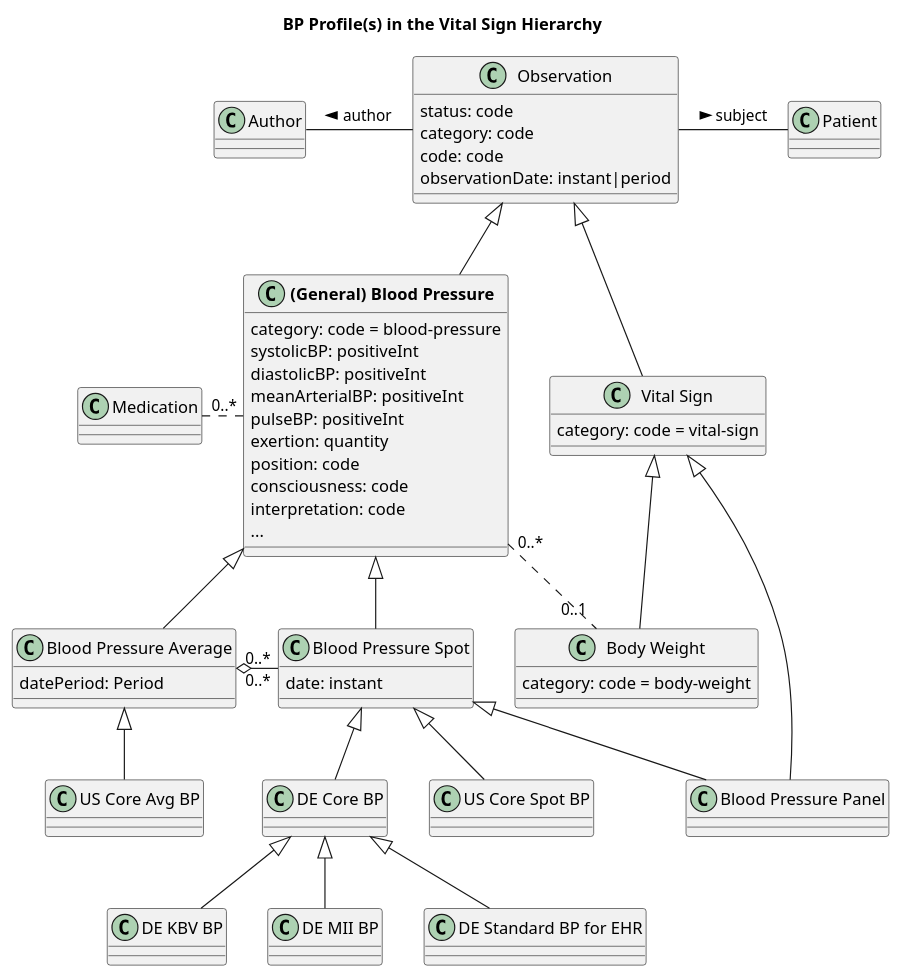
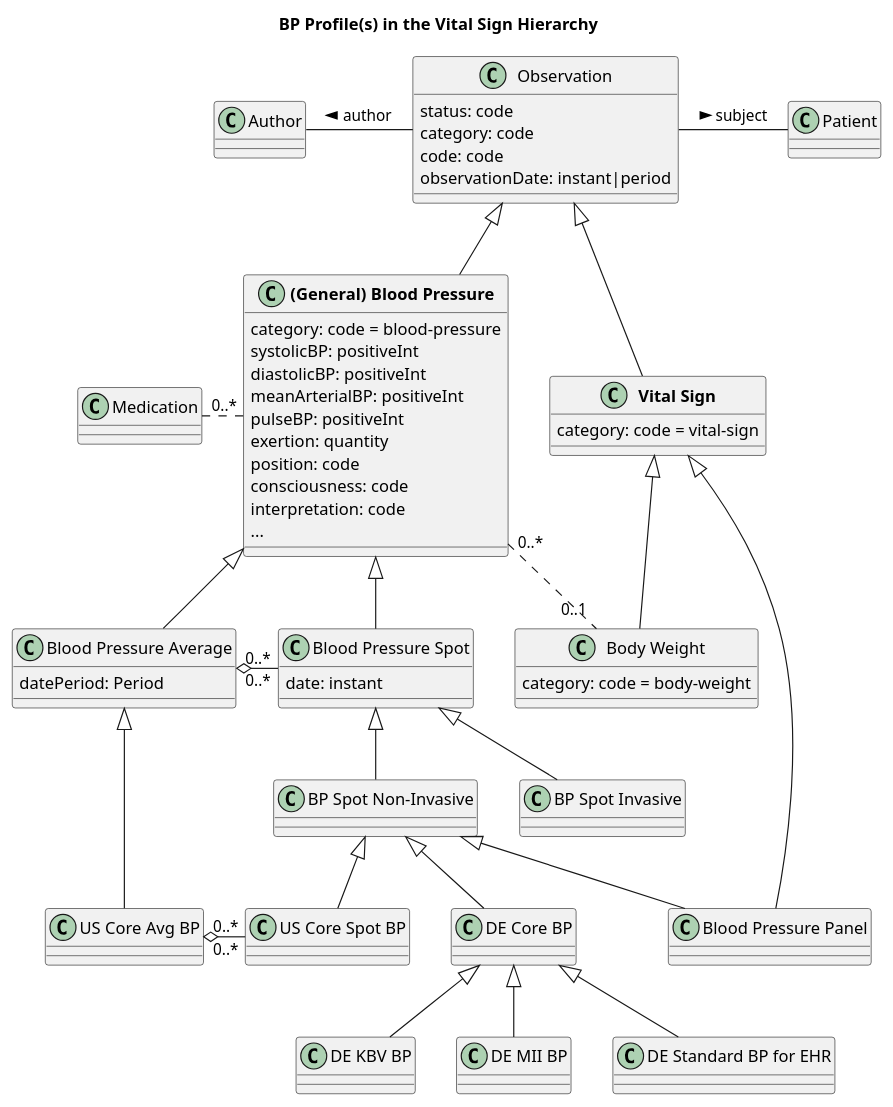
Before and after one commit to frankoemig/bloodpressure: the diagram in input/images-source/bloodpressure_hierarchy.plantuml, drawn with PlantUML. The commit also changed 7 other files, not shown here.

```diff
--- a/input/images-source/bloodpressure_hierarchy.plantuml
+++ b/input/images-source/bloodpressure_hierarchy.plantuml
@@ -1,86 +1,94 @@
 @startuml
 
 title BP Profile(s) in the Vital Sign Hierarchy
 
 class "Observation" as obs {
     status: code
     category: code
     code: code
     observationDate: instant|period
 }
 
-class "Vital Sign" as vs {
+class "**Vital Sign**" as vs {
     category: code = vital-sign
 }
 
 class "**(General) Blood Pressure**" as bp {
     category: code = blood-pressure
     systolicBP: positiveInt
     diastolicBP: positiveInt
     meanArterialBP: positiveInt
     pulseBP: positiveInt
     exertion: quantity
     position: code
     consciousness: code
     interpretation: code
     ...
 }
 
 obs <|-- vs
 obs <|-- bp 
 
 
 class "Body Weight" as bw {
     category: code = body-weight
 }
 
 class "Medication" as medic 
 
 class "Blood Pressure Spot" as bps {
     date: instant
 }
 
+class "BP Spot Non-Invasive" as bpsni 
+class "BP Spot Invasive" as bpsi
+
+bps <|-- bpsni
+bps <|-- bpsi
+
 class "Blood Pressure Panel" as bpp {
 
 }
 
 class "Blood Pressure Average" as bpa {
     datePeriod: Period
 }
 
 bpa "0..*" o-right-- "0..*" bps
 
 class "Patient" as pat
 class "Author" as aut
 
 class "US Core Spot BP" as usbp1 
 class "DE Core BP" as debp
 vs <|-- bpp
 vs <|-- bw
 
 class "US Core Avg BP" as usbp2 
+usbp2 "0..*" o-right- "0..*" usbp1
 
 obs -right- pat : subject >
 obs -left- aut : author >
 
 bp <|-- bps
 bp <|-- bpa
 
-bpa <|-- usbp2
+bpa <|--- usbp2
+usbp1 .[hidden]right. debp
 
-bps <|-- usbp1
-bps <|-- debp
-bps <|-- bpp
+bpsni <|-- usbp1
+bpsni <|-- debp
+bpsni <|-- bpp
 
 bp "0..*" ..right. "0..1" bw
 bp .left.. "0..*" medic
 
 class "DE KBV BP" as dekbvbp
 class "DE MII BP" as demiibp
 class "DE Standard BP for EHR" as deehrbp
 
 debp <|-- dekbvbp
 debp <|-- demiibp
 debp <|-- deehrbp
 
 @enduml
```
